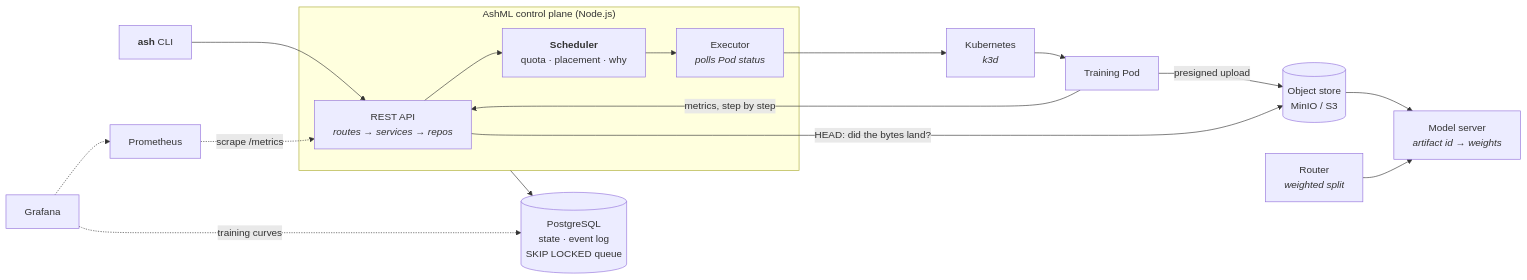
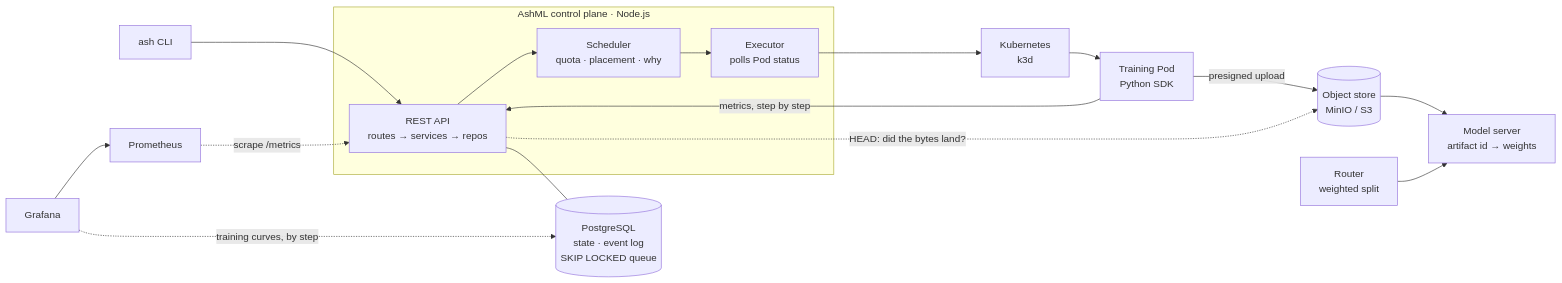
The diagram in README.md (AuthRan/AshML), drawn with Mermaid before and after one commit. The commit also changed other lines of this file, not shown here.

Commit message:
Two one-epoch runs, two numbers, and neither rounded toward the other
The demo serves 64.28% and the run written up below scored 65.59%. Both are real
one-epoch runs and the difference is not worth hiding — so the note names the
artifact the Space actually loads, gives its own measured accuracy, and points at
`make space-verify`, which re-evaluates those exact weights over the full test set
and has to reproduce them.

Also flattens the architecture diagram's labels to what GitHub's mermaid renders
reliably: `<br/>` is supported, `<b>` and `<i>` are not dependable inside node
labels, and a diagram that ships literal markup on the front page is worse than a
plain one.

````diff
--- a/README.md
+++ b/README.md
@@ -72,21 +80,21 @@
 ```mermaid
 flowchart LR
-    CLI["<b>ash</b> CLI"] --> API
-    subgraph CP["AshML control plane (Node.js)"]
-        API["REST API<br/><i>routes → services → repos</i>"]
-        SCHED["<b>Scheduler</b><br/>quota · placement · why"]
-        EXEC["Executor<br/><i>polls Pod status</i>"]
+    CLI["ash CLI"] --> API
+    subgraph CP["AshML control plane · Node.js"]
+        API["REST API<br/>routes → services → repos"]
+        SCHED["Scheduler<br/>quota · placement · why"]
+        EXEC["Executor<br/>polls Pod status"]
         API --> SCHED --> EXEC
     end
-    CP --> PG[("PostgreSQL<br/>state · event log<br/>SKIP LOCKED queue")]
-    EXEC --> K8S["Kubernetes<br/><i>k3d</i>"]
-    K8S --> POD["Training Pod"]
+    EXEC --> K8S["Kubernetes<br/>k3d"]
+    K8S --> POD["Training Pod<br/>Python SDK"]
+    API --- PG[("PostgreSQL<br/>state · event log<br/>SKIP LOCKED queue")]
     POD -- "metrics, step by step" --> API
     POD -- "presigned upload" --> S3[("Object store<br/>MinIO / S3")]
-    API -- "HEAD: did the bytes land?" --> S3
-    S3 --> SRV["Model server<br/><i>artifact id → weights</i>"]
-    ROUTER["Router<br/><i>weighted split</i>"] --> SRV
-    PROM["Prometheus"] -.->|scrape /metrics| API
-    GRAF["Grafana"] -.-> PROM
-    GRAF -.->|training curves| PG
+    API -. "HEAD: did the bytes land?" .-> S3
+    S3 --> SRV["Model server<br/>artifact id → weights"]
+    ROUTER["Router<br/>weighted split"] --> SRV
+    PROM["Prometheus"] -. "scrape /metrics" .-> API
+    GRAF["Grafana"] --> PROM
+    GRAF -. "training curves, by step" .-> PG
 ```
````
